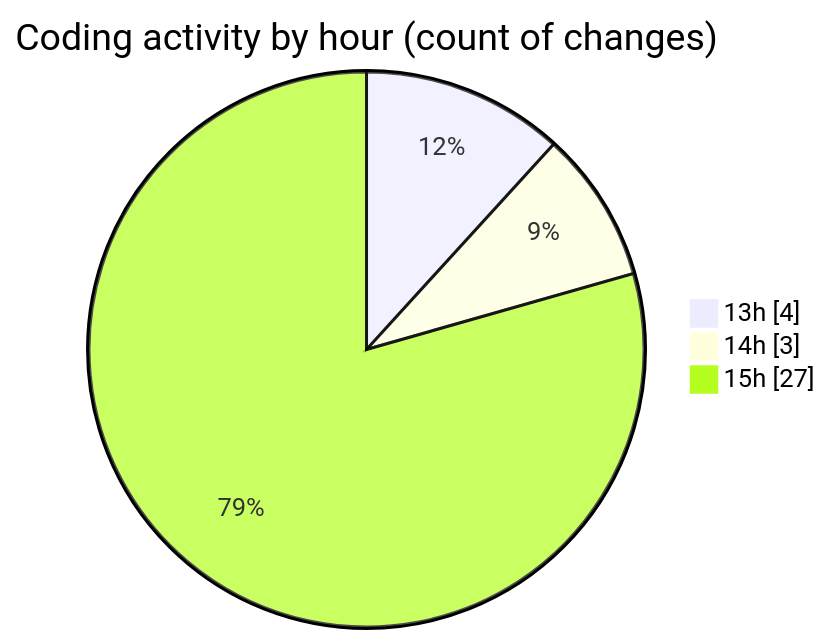
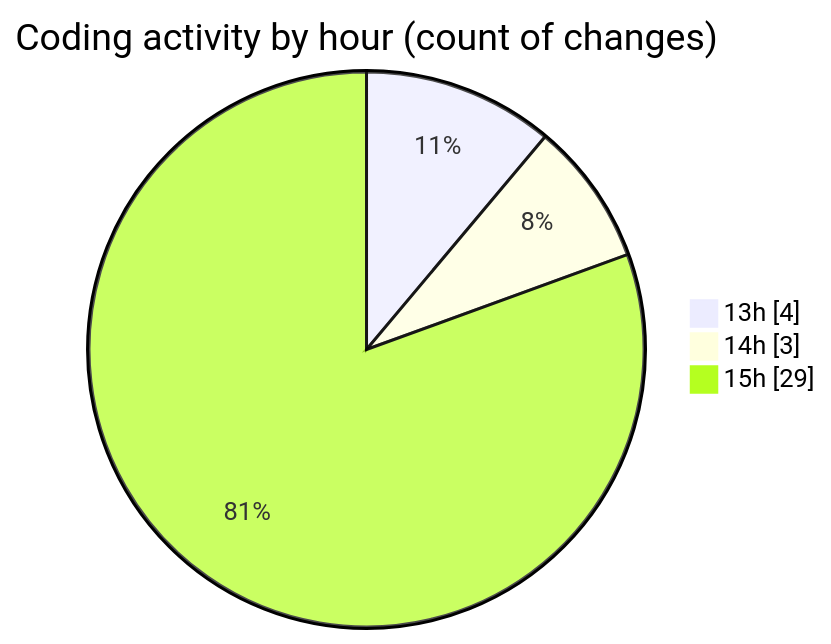
Before and after one commit to EIIisD/code-tracking: the second of 2 diagrams in 2025-08-11/ribbon/README.md, drawn with Mermaid. The commit also changed other lines of this file and 1 other file, not shown here.

````diff
--- a/2025-08-11/ribbon/README.md
+++ b/2025-08-11/ribbon/README.md
@@ -45,7 +46,7 @@
 ```mermaid
 pie showData
 title Coding activity by hour (count of changes)
 "13h" : 4
 "14h" : 3
-"15h" : 27
+"15h" : 29
 ```
````
